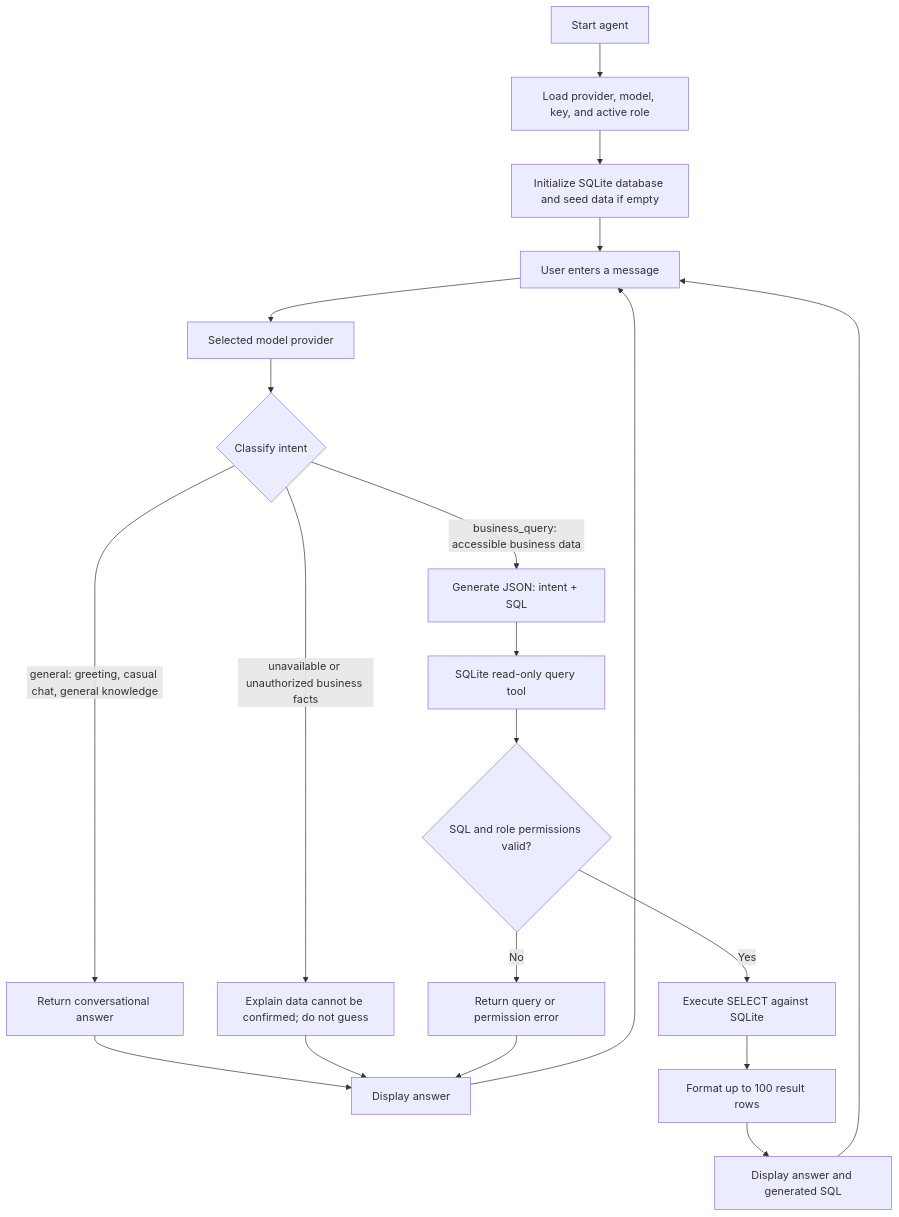
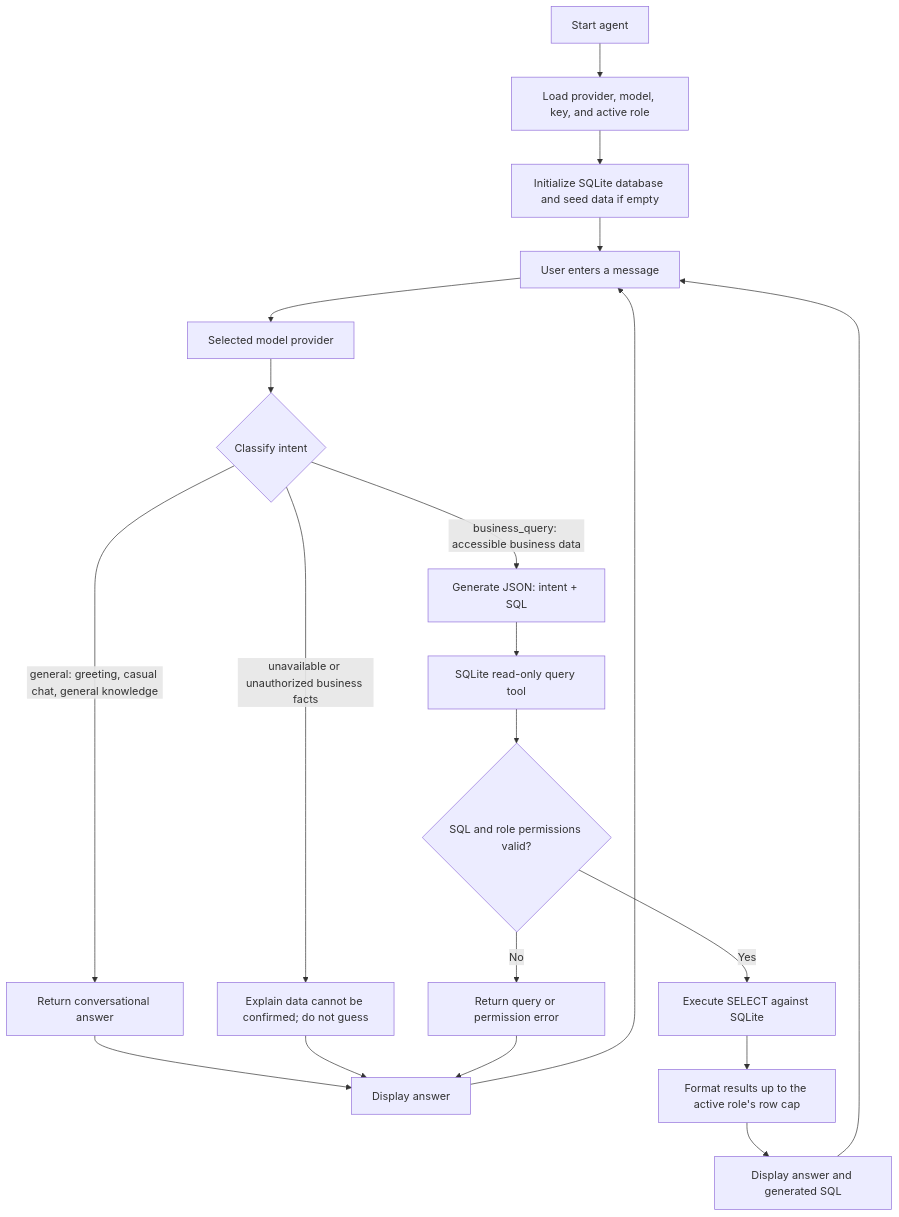
Before and after one commit to SsiStevenMao/business-agent: the diagram in README.md, drawn with Mermaid. The commit also changed other lines of this file and 3 other files, not shown here.

````diff
--- a/README.md
+++ b/README.md
@@ -12,26 +12,26 @@
 ```mermaid
 flowchart TD
     A["Start agent"] --> B["Load provider, model, key, and active role"]
     B --> C["Initialize SQLite database and seed data if empty"]
     C --> D["User enters a message"]
     D --> E["Selected model provider"]
     E --> F{"Classify intent"}
 
     F -->|"general: greeting, casual chat, general knowledge"| G["Return conversational answer"]
     G --> R["Display answer"]
 
     F -->|"business_query: accessible business data"| H["Generate JSON: intent + SQL"]
     F -->|"unavailable or unauthorized business facts"| N["Explain data cannot be confirmed; do not guess"]
     N --> R
 
     H --> I["SQLite read-only query tool"]
     I --> J{"SQL and role permissions valid?"}
     J -->|"No"| K["Return query or permission error"]
     K --> R
     J -->|"Yes"| L["Execute SELECT against SQLite"]
-    L --> M["Format up to 100 result rows"]
+    L --> M["Format results up to the active role's row cap"]
     M --> S["Display answer and generated SQL"]
 
     R --> D
     S --> D
 ```
````
